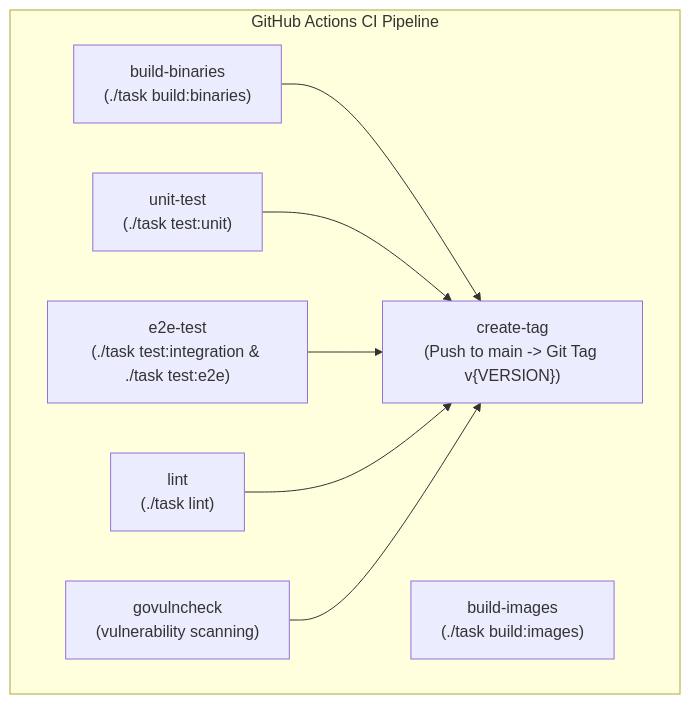
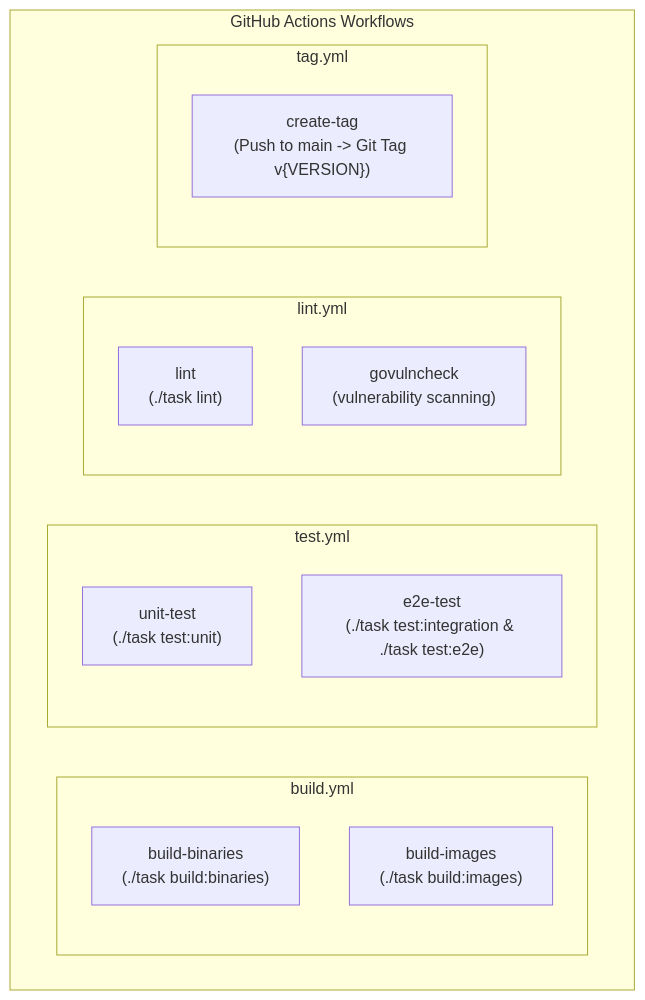
The diagram in .agent/skills/testing-patterns/SKILL.md (berquerant/pneutrinoutil), drawn with Mermaid before and after one commit. The commit also changed other lines of this file and 5 other files, not shown here.

Commit message:
ci: split ci.yml into build, test, lint, and tag workflows

````diff
--- a/.agent/skills/testing-patterns/SKILL.md
+++ b/.agent/skills/testing-patterns/SKILL.md
@@ -313,18 +318,20 @@
 ```mermaid
 flowchart TD
-    subgraph CI["GitHub Actions CI Pipeline"]
-        B1["build-binaries<br/>(./task build:binaries)"]
-        B2["build-images<br/>(./task build:images)"]
-        TU["unit-test<br/>(./task test:unit)"]
-        TE["e2e-test<br/>(./task test:integration & ./task test:e2e)"]
-        L["lint<br/>(./task lint)"]
-        V["govulncheck<br/>(vulnerability scanning)"]
-        TAG["create-tag<br/>(Push to main -> Git Tag v{VERSION})"]
-
-        B1 --> TAG
-        TU --> TAG
-        TE --> TAG
-        L --> TAG
-        V --> TAG
+    subgraph CI["GitHub Actions Workflows"]
+        subgraph BuildWF["build.yml"]
+            B1["build-binaries<br/>(./task build:binaries)"]
+            B2["build-images<br/>(./task build:images)"]
+        end
+        subgraph TestWF["test.yml"]
+            TU["unit-test<br/>(./task test:unit)"]
+            TE["e2e-test<br/>(./task test:integration & ./task test:e2e)"]
+        end
+        subgraph LintWF["lint.yml"]
+            L["lint<br/>(./task lint)"]
+            V["govulncheck<br/>(vulnerability scanning)"]
+        end
+        subgraph TagWF["tag.yml"]
+            TAG["create-tag<br/>(Push to main -> Git Tag v{VERSION})"]
+        end
     end
 ```
````
